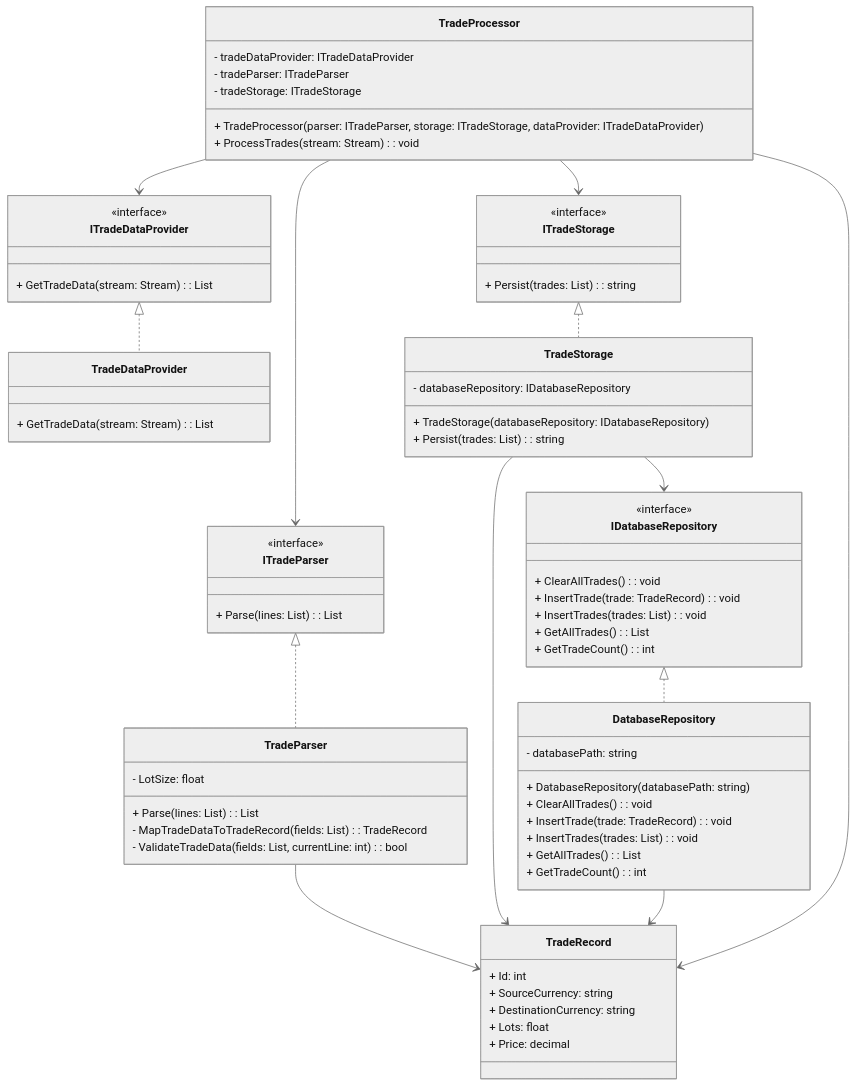
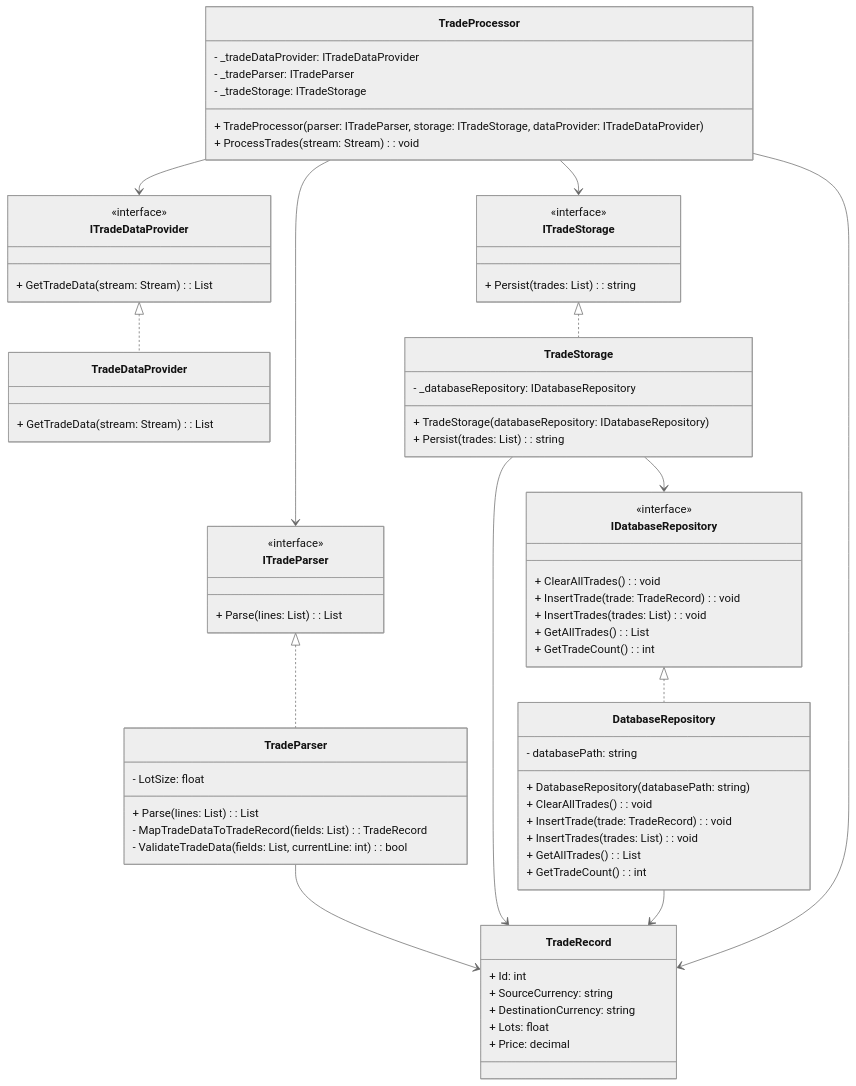
One commit to Shane-Wilson-class/solid-project-1 changed the second of 2 diagrams in README.md. Above: the diagram before and after it, drawn with Mermaid (neutral theme). The commit also changed other lines of this file and 1 other file, not shown here.

Commit message:
Refactor After.mmd and README.md to update variable names for TradeStorage and TradeProcessor classes, enhancing clarity and consistency in the diagrams.

````diff
--- a/README.md
+++ b/README.md
@@ -27,78 +27,78 @@
 ```mermaid
 %%{init: {"classDiagram": {"hideEmptyMembers": true}}}%%
 classDiagram
 direction TB
 class ITradeDataProvider {
   <<interface>>
   + GetTradeData(stream: Stream): List
 }
 class ITradeParser {
   <<interface>>
   + Parse(lines: List): List
 }
 class ITradeStorage {
   <<interface>>
   + Persist(trades: List): string
 }
 class IDatabaseRepository {
   <<interface>>
   + ClearAllTrades(): void
   + InsertTrade(trade: TradeRecord): void
   + InsertTrades(trades: List): void
   + GetAllTrades(): List
   + GetTradeCount(): int
 }
 
 class TradeDataProvider {
   + GetTradeData(stream: Stream): List
 }
 class TradeParser {
   - LotSize: float
   + Parse(lines: List): List
   - MapTradeDataToTradeRecord(fields: List): TradeRecord
   - ValidateTradeData(fields: List, currentLine: int): bool
 }
 class TradeStorage {
-  - databaseRepository: IDatabaseRepository
+  - _databaseRepository: IDatabaseRepository
   + TradeStorage(databaseRepository: IDatabaseRepository)
   + Persist(trades: List): string
 }
 class DatabaseRepository {
   - databasePath: string
   + DatabaseRepository(databasePath: string)
   + ClearAllTrades(): void
   + InsertTrade(trade: TradeRecord): void
   + InsertTrades(trades: List): void
   + GetAllTrades(): List
   + GetTradeCount(): int
 }
 class TradeProcessor {
-  - tradeDataProvider: ITradeDataProvider
-  - tradeParser: ITradeParser
-  - tradeStorage: ITradeStorage
+  - _tradeDataProvider: ITradeDataProvider
+  - _tradeParser: ITradeParser
+  - _tradeStorage: ITradeStorage
   + TradeProcessor(parser: ITradeParser, storage: ITradeStorage, dataProvider: ITradeDataProvider)
   + ProcessTrades(stream: Stream): void
 }
 class TradeRecord {
   + Id: int
   + SourceCurrency: string
   + DestinationCurrency: string
   + Lots: float
   + Price: decimal
 }
 
 ITradeDataProvider <|.. TradeDataProvider
 ITradeParser <|.. TradeParser
 ITradeStorage <|.. TradeStorage
 IDatabaseRepository <|.. DatabaseRepository
 
 TradeProcessor --> ITradeDataProvider
 TradeProcessor --> ITradeParser
 TradeProcessor --> ITradeStorage
 TradeStorage --> IDatabaseRepository
 
 TradeParser --> TradeRecord
 TradeStorage --> TradeRecord
 DatabaseRepository --> TradeRecord
 TradeProcessor --> TradeRecord
 ```
````
